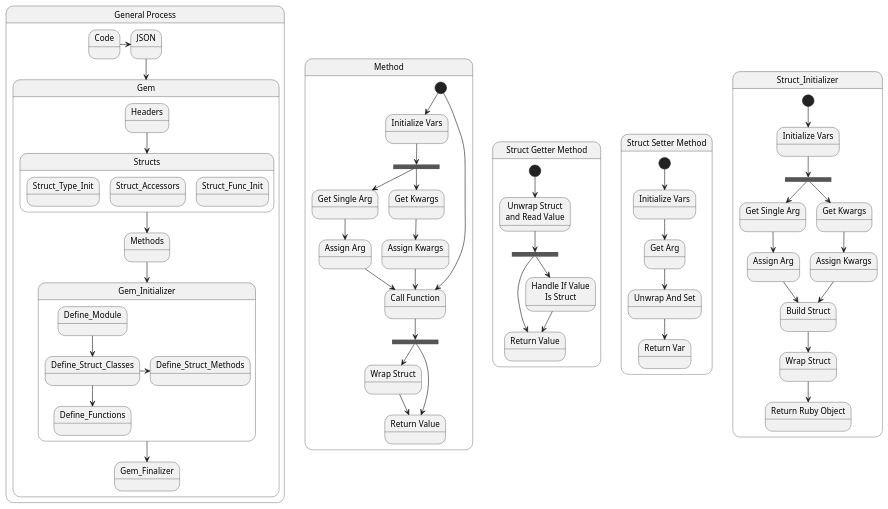
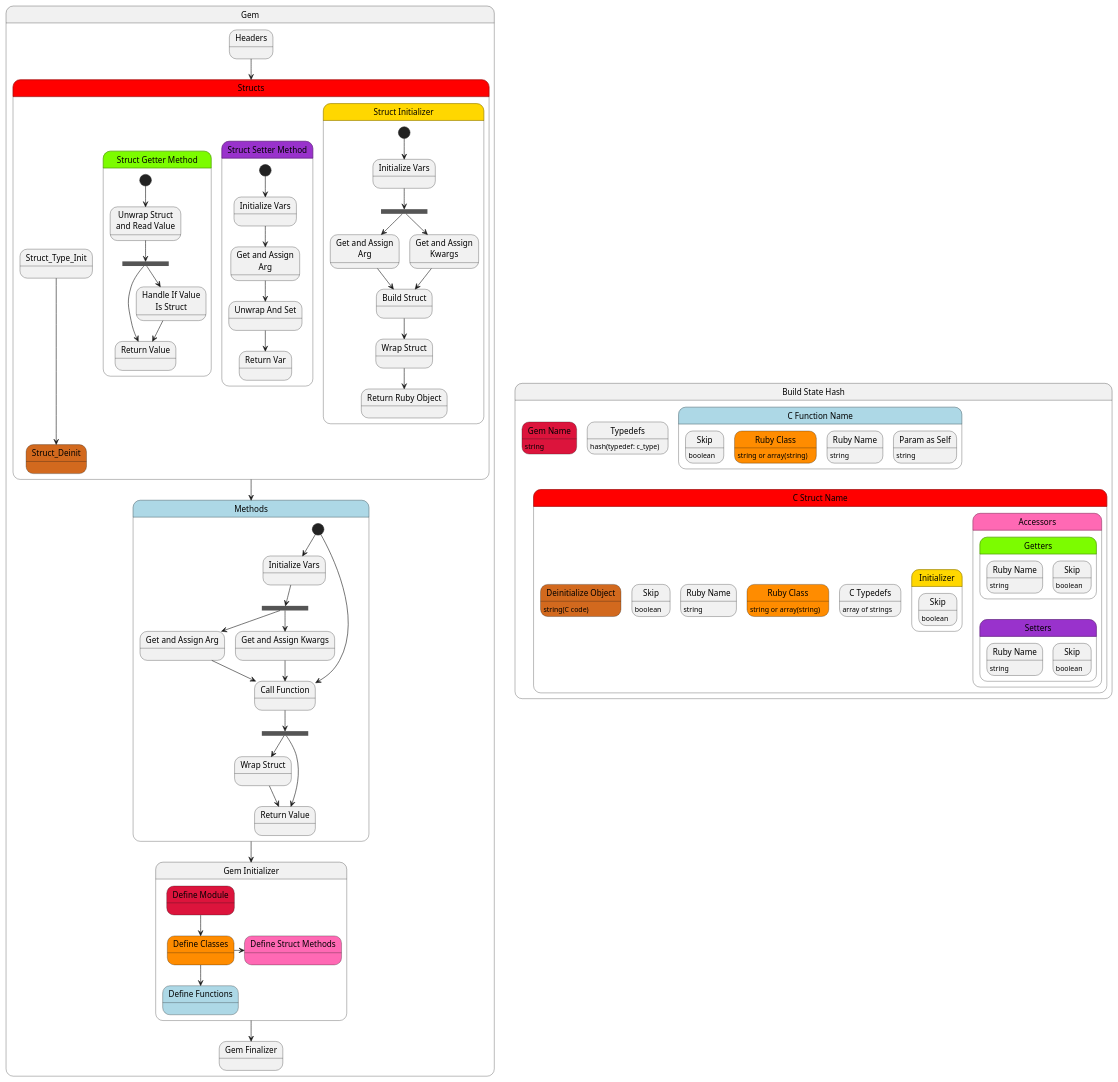
The diagram in planning/structure.puml (realtradam/FelBind), drawn with PlantUML before and after one commit.

Commit message:
planning progress

```diff
--- a/planning/structure.puml
+++ b/planning/structure.puml
@@ -1,125 +1,143 @@
 @startuml
 
-state "General Process" as General_Process {
-	state Code
-	state JSON
 	state Gem {
 		state Headers
-		state Structs {
+		state Structs #red {
 			state Struct_Type_Init
-			state Struct_Accessors
-			state Struct_Func_Init
+			state Struct_Deinit #chocolate
+			state "Struct Getter Method" as Struct_Getter #lawngreen {
+				state fork_is_struct_getter <<fork>>
+				state "Unwrap Struct\nand Read Value" as Unwrap_Struct_Getter
+				state "Return Value" as Return_Struct_Getter
+				state "Handle If Value\nIs Struct" as Handle_Struct_Value_Getter
+			
+				[*] -d-> Unwrap_Struct_Getter
+				Unwrap_Struct_Getter -d-> fork_is_struct_getter
+				fork_is_struct_getter -d-> Return_Struct_Getter
+				fork_is_struct_getter -d-> Handle_Struct_Value_Getter
+				Handle_Struct_Value_Getter -d-> Return_Struct_Getter
+			}
+			state "Struct Setter Method" as Struct_Setter #darkorchid {
+				state "Initialize Vars" as Initialize_Vars_Setter
+				state "Get and Assign\nArg" as Get_Arg_Setter
+				state "Unwrap And Set" as Unwrap_Struct_Setter
+				state "Return Var" as Return_Setter
+			
+				[*] -d-> Initialize_Vars_Setter
+				Initialize_Vars_Setter -d-> Get_Arg_Setter
+				Get_Arg_Setter -d-> Unwrap_Struct_Setter
+				Unwrap_Struct_Setter -d-> Return_Setter
+			}
+			state Struct_Initializer as "Struct Initializer" #gold {
+				state "Initialize Vars" as Initialize_Vars_Struct_Init
+				state fork_kw_args_struct_init <<fork>>
+				state "Get and Assign\nArg" as Get_Arg_Struct_Init
+				state "Get and Assign\nKwargs" as Get_Kwargs_Struct_Init
+				state "Build Struct" as Build_Struct_Struct_Init
+				state "Wrap Struct" as Wrap_Struct_Struct_Init
+				state "Return Ruby Object" as Return_Struct_Init
+			
+				[*] -d-> Initialize_Vars_Struct_Init
+			
+				Initialize_Vars_Struct_Init -d-> fork_kw_args_struct_init
+				
+				fork_kw_args_struct_init -d-> Get_Arg_Struct_Init
+				
+				fork_kw_args_struct_init -d-> Get_Kwargs_Struct_Init
+				
+				Get_Arg_Struct_Init -d-> Build_Struct_Struct_Init
+				Get_Kwargs_Struct_Init -d-> Build_Struct_Struct_Init
+				
+				Build_Struct_Struct_Init -d-> Wrap_Struct_Struct_Init
+				
+				Wrap_Struct_Struct_Init -d-> Return_Struct_Init
+			}
+
+			Struct_Type_Init --> Struct_Deinit
+
 		}
-		state Methods
-		state Gem_Initializer {
-			state Define_Module
-			state Define_Struct_Classes
-			state Define_Struct_Methods
-			state Define_Functions
+		state Methods #lightblue {
+			state "Initialize Vars" as Initialize_Vars_C_Function
+			state fork_kw_args_c_function <<fork>>
+			state "Get and Assign Arg" as Get_Arg_C_Function
+			state "Get and Assign Kwargs" as Get_Kwargs_C_Function
+			state "Call Function" as Call_C_Function
+			state fork_wrap_struct_c_function <<fork>>
+			state "Wrap Struct" as Wrap_Struct_C_Function
+			state "Return Value" as Return_C_Function
+
+			[*] -d-> Initialize_Vars_C_Function
+			[*] -d-> Call_C_Function
+
+			Initialize_Vars_C_Function -d-> fork_kw_args_c_function
+	
+			fork_kw_args_c_function -d-> Get_Arg_C_Function
+	
+			fork_kw_args_c_function -d-> Get_Kwargs_C_Function
+	
+			Get_Arg_C_Function -d-> Call_C_Function
+			Get_Kwargs_C_Function -d-> Call_C_Function
+	
+			Call_C_Function -d-> fork_wrap_struct_c_function
+			fork_wrap_struct_c_function -d-> Wrap_Struct_C_Function
+	
+			fork_wrap_struct_c_function -d-> Return_C_Function
+			Wrap_Struct_C_Function -d-> Return_C_Function
 		}
-		state Gem_Finalizer
+		state Gem_Initializer as "Gem Initializer" {
+			state Define_Module as "Define Module" #crimson
+			state Define_Struct_Classes as "Define Classes" #darkorange
+			state Define_Struct_Methods as "Define Struct Methods" #hotpink
+			state Define_Functions as "Define Functions" #lightblue
+		}
+		state Gem_Finalizer as "Gem Finalizer"
 
-		Code -r-> JSON
-		JSON -d-> Gem
 		
 		Headers -d-> Structs
 		Structs -d-> Methods
 		Methods -d-> Gem_Initializer
 		Gem_Initializer -d-> Gem_Finalizer
 		
 		Define_Module -d-> Define_Struct_Classes
 		Define_Struct_Classes -r-> Define_Struct_Methods
 		Define_Struct_Classes -d-> Define_Functions
 	}
-}
-state "Method" as C_Function {
-	state "Initialize Vars" as Initialize_Vars_C_Function
-	state fork_kw_args_c_function <<fork>>
-	state "Get Single Arg" as Get_Arg_C_Function
-	state "Get Kwargs" as Get_Kwargs_C_Function
-	state "Assign Arg" as Assign_Arg_C_Function
-	state "Assign Kwargs" as Assign_Kwargs_C_Function
-	state "Call Function" as Call_C_Function
-	state fork_wrap_struct_c_function <<fork>>
-	state "Wrap Struct" as Wrap_Struct_C_Function
-	state "Return Value" as Return_C_Function
 
-	[*] -d-> Initialize_Vars_C_Function
-	[*] -d-> Call_C_Function
+state Build_State as "Build State Hash" {
+	state BS_C_Gemname as "Gem Name" #crimson : string
+	state BS_C_Typedef as "Typedefs" : hash(typedef: c_type)
+	state BS_C_Function_Name as "C Function Name" #lightblue {
+		state BS_Cfun_Skip as "Skip" : boolean
+		state BS_Cfun_RClass as "Ruby Class" #darkorange : string or array(string)
+		state BS_Cfun_Name as "Ruby Name" : string
+		state BS_Cfun_Selfparam as "Param as Self" : string
+	}
+	state BS_C_Struct_Name as "C Struct Name" #red {
+		state BS_C_Deinit as "Deinitialize Object" #chocolate : string(C code)
+		state BS_Cstc_Skip as "Skip" : boolean
+		state BS_Cstc_Name as "Ruby Name" : string
+		state BS_Cstc_RClass as "Ruby Class" #darkorange : string or array(string)
+		state BS_Cstc_Typedef as "C Typedefs" : array of strings
+		state BS_Cstc_Init as "Initializer" #gold {
+			state BS_Cstc_I_skip as "Skip" : boolean
+		}
+		state BS_Cstc_Accessors as "Accessors" #hotpink {
+			state BS_Cstc_Getters as "Getters" #lawngreen {
+				state BS_Cstc_G_Name as "Ruby Name" : string
+				state BS_Cstc_G_Skip as "Skip" : boolean
+			}
+			state BS_Cstc_Setters as "Setters" #darkorchid {
+				state BS_Cstc_S_Name as "Ruby Name" : string
+				state BS_Cstc_S_Skip as "Skip" : boolean
+			}
+		}
+		BS_Cstc_Getters -d[hidden]-> BS_Cstc_Setters
+	}
 
-	Initialize_Vars_C_Function -d-> fork_kw_args_c_function
-	
-	fork_kw_args_c_function -d-> Get_Arg_C_Function
-	Get_Arg_C_Function -d-> Assign_Arg_C_Function
-	
-	fork_kw_args_c_function -d-> Get_Kwargs_C_Function
-	Get_Kwargs_C_Function -d-> Assign_Kwargs_C_Function
-	
-	Assign_Arg_C_Function -d-> Call_C_Function
-	Assign_Kwargs_C_Function -d-> Call_C_Function
-	
-	Call_C_Function -d-> fork_wrap_struct_c_function
-	fork_wrap_struct_c_function -d-> Wrap_Struct_C_Function
-	
-	fork_wrap_struct_c_function -d-> Return_C_Function
-	Wrap_Struct_C_Function -d-> Return_C_Function
+	BS_C_Function_Name -d[hidden]-> BS_C_Struct_Name
 }
 
-state "Struct Getter Method" as Struct_Getter {
-	state fork_is_struct_getter <<fork>>
-	state "Unwrap Struct\nand Read Value" as Unwrap_Struct_Getter
-	state "Return Value" as Return_Struct_Getter
-	state "Handle If Value\nIs Struct" as Handle_Struct_Value_Getter
-
-	[*] -d-> Unwrap_Struct_Getter
-	Unwrap_Struct_Getter -d-> fork_is_struct_getter
-	fork_is_struct_getter -d-> Return_Struct_Getter
-	fork_is_struct_getter -d-> Handle_Struct_Value_Getter
-	Handle_Struct_Value_Getter -d-> Return_Struct_Getter
-
-}
-
-state "Struct Setter Method" as Struct_Setter {
-	state "Initialize Vars" as Initialize_Vars_Setter
-	state "Get Arg" as Get_Arg_Setter
-	state "Unwrap And Set" as Unwrap_Struct_Setter
-	state "Return Var" as Return_Setter
-
-	[*] -d-> Initialize_Vars_Setter
-	Initialize_Vars_Setter -d-> Get_Arg_Setter
-	Get_Arg_Setter -d-> Unwrap_Struct_Setter
-	Unwrap_Struct_Setter -d-> Return_Setter
-}
-
-state Struct_Initializer {
-	state "Initialize Vars" as Initialize_Vars_Struct_Init
-	state fork_kw_args_struct_init <<fork>>
-	state "Get Single Arg" as Get_Arg_Struct_Init
-	state "Get Kwargs" as Get_Kwargs_Struct_Init
-	state "Assign Arg" as Assign_Arg_Struct_Init
-	state "Assign Kwargs" as Assign_Kwargs_Struct_Init
-	state "Build Struct" as Build_Struct_Struct_Init
-	state "Wrap Struct" as Wrap_Struct_Struct_Init
-	state "Return Ruby Object" as Return_Struct_Init
-
-	[*] -d-> Initialize_Vars_Struct_Init
-
-	Initialize_Vars_Struct_Init -d-> fork_kw_args_struct_init
-	
-	fork_kw_args_struct_init -d-> Get_Arg_Struct_Init
-	Get_Arg_Struct_Init -d-> Assign_Arg_Struct_Init
-	
-	fork_kw_args_struct_init -d-> Get_Kwargs_Struct_Init
-	Get_Kwargs_Struct_Init -d-> Assign_Kwargs_Struct_Init
-	
-	Assign_Arg_Struct_Init -d-> Build_Struct_Struct_Init
-	Assign_Kwargs_Struct_Init -d-> Build_Struct_Struct_Init
-	
-	Build_Struct_Struct_Init -d-> Wrap_Struct_Struct_Init
-	
-	Wrap_Struct_Struct_Init -d-> Return_Struct_Init
-}
 
 	
 
 @enduml
```
